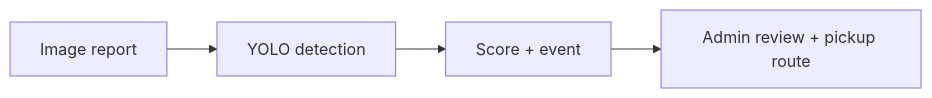
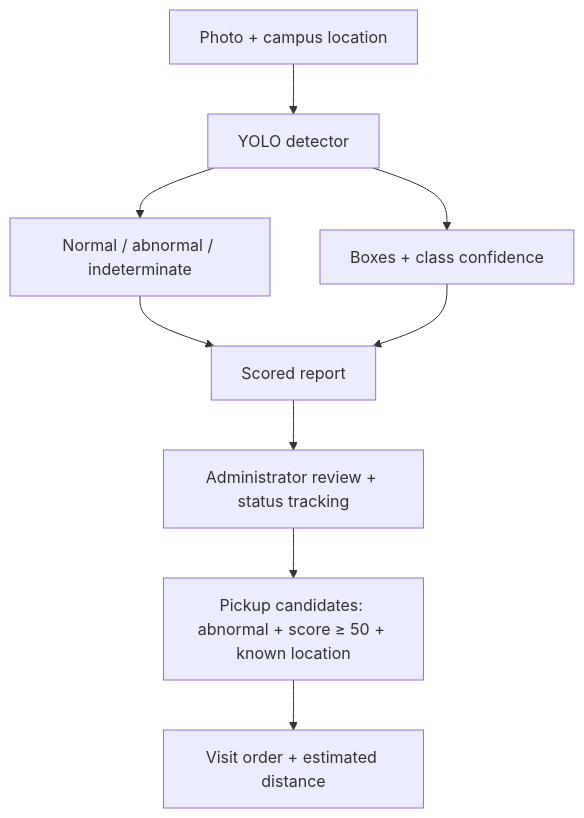
Before and after one commit to yunakinn/scooter-anomaly-detection: the diagram in README.md, drawn with Mermaid. The commit also changed other lines of this file, not shown here.

````diff
--- a/README.md
+++ b/README.md
@@ -56,6 +23,11 @@
 ```mermaid
-flowchart LR
-    I["Image report"] --> Y["YOLO detection"]
-    Y --> S["Score + event"]
-    S --> A["Admin review + pickup route"]
+flowchart TD
+    U["Photo + campus location"] --> D["YOLO detector"]
+    D --> P["Normal / abnormal / indeterminate"]
+    D --> B["Boxes + class confidence"]
+    P --> E["Scored report"]
+    B --> E
+    E --> A["Administrator review + status tracking"]
+    A --> F["Pickup candidates: abnormal + score ≥ 50 + known location"]
+    F --> R["Visit order + estimated distance"]
 ```
````
